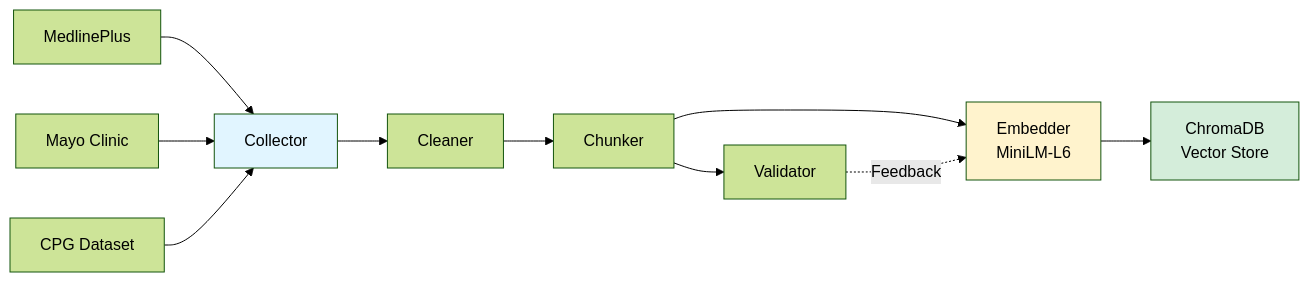
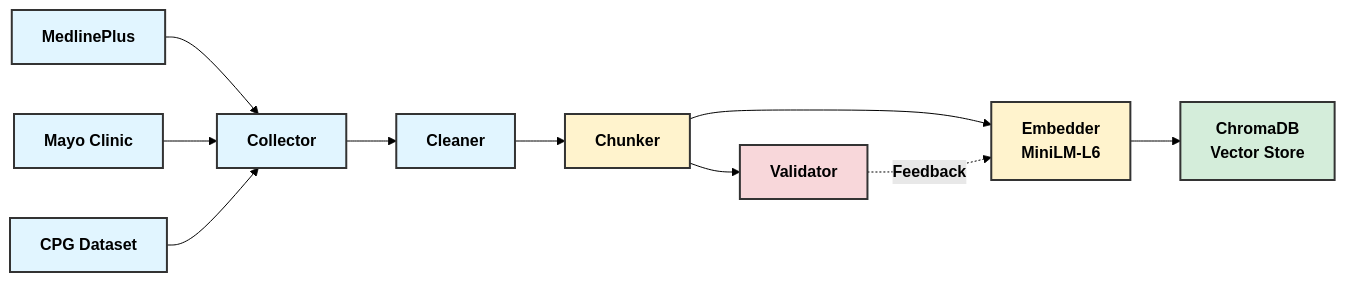
One commit to prthmmkhija1/NeuroHealth changed the second of 2 diagrams in README.md. Above: the diagram before and after it, drawn with Mermaid (forest theme). The commit also changed other lines of this file and 2 other files, not shown here.

Commit message:
lint fixed and readme updated
- Fixed import ordering in test_baseline_comparison.py (pathlib, sys)
- Replaced benchmark overview with official site featured image at README start
- Made architecture flowchart horizontal (LR) with bold dark text for better visibility
- Updated data processing flowchart with bold dark text in all boxes
- Added proper stroke styling to make text stand out on colored backgrounds

````diff
--- a/README.md
+++ b/README.md
@@ -75,18 +80,29 @@
 ```mermaid
 flowchart LR
-    A[MedlinePlus] --> D[Collector]
-    B[Mayo Clinic] --> D
-    C[CPG Dataset] --> D
+    A["<b>MedlinePlus</b>"]
+    B["<b>Mayo Clinic</b>"]
+    C["<b>CPG Dataset</b>"]
+    D["<b>Collector</b>"]
+    E["<b>Cleaner</b>"]
+    F["<b>Chunker</b>"]
+    G["<b>Embedder<br/>MiniLM-L6</b>"]
+    H["<b>ChromaDB<br/>Vector Store</b>"]
+    I["<b>Validator</b>"]
 
-    D --> E[Cleaner]
-    E --> F[Chunker]
-    F --> G[Embedder<br/>MiniLM-L6]
-    G --> H[ChromaDB<br/>Vector Store]
+    A --> D
+    B --> D
+    C --> D
+    D --> E --> F --> G --> H
+    F --> I
+    I -.->|"<b>Feedback</b>"| G
 
-    F --> I[Validator]
-    I -.->|Feedback| G
-
-    style D fill:#e1f5ff
-    style H fill:#d4edda
-    style G fill:#fff3cd
+    style A fill:#e1f5ff,stroke:#333,stroke-width:2px,color:#000
+    style B fill:#e1f5ff,stroke:#333,stroke-width:2px,color:#000
+    style C fill:#e1f5ff,stroke:#333,stroke-width:2px,color:#000
+    style D fill:#e1f5ff,stroke:#333,stroke-width:2px,color:#000
+    style E fill:#e1f5ff,stroke:#333,stroke-width:2px,color:#000
+    style F fill:#fff3cd,stroke:#333,stroke-width:2px,color:#000
+    style G fill:#fff3cd,stroke:#333,stroke-width:2px,color:#000
+    style H fill:#d4edda,stroke:#333,stroke-width:2px,color:#000
+    style I fill:#f8d7da,stroke:#333,stroke-width:2px,color:#000
 ```
````
